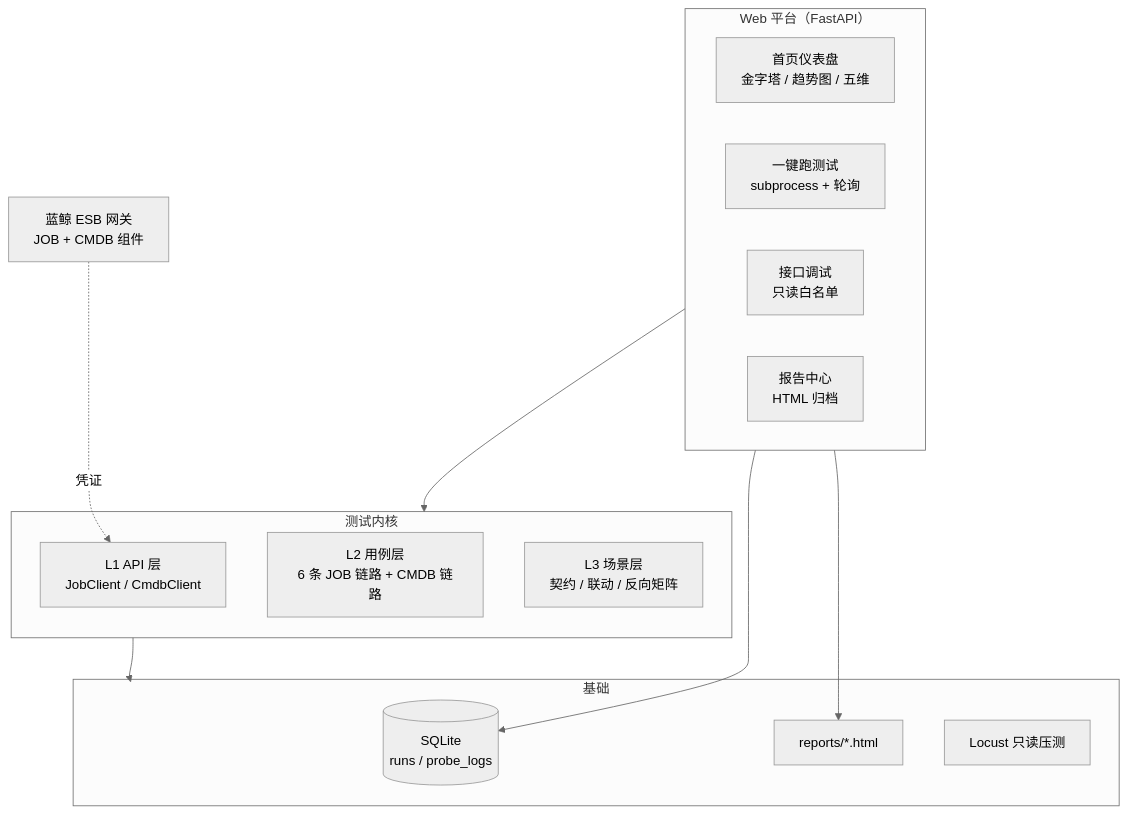
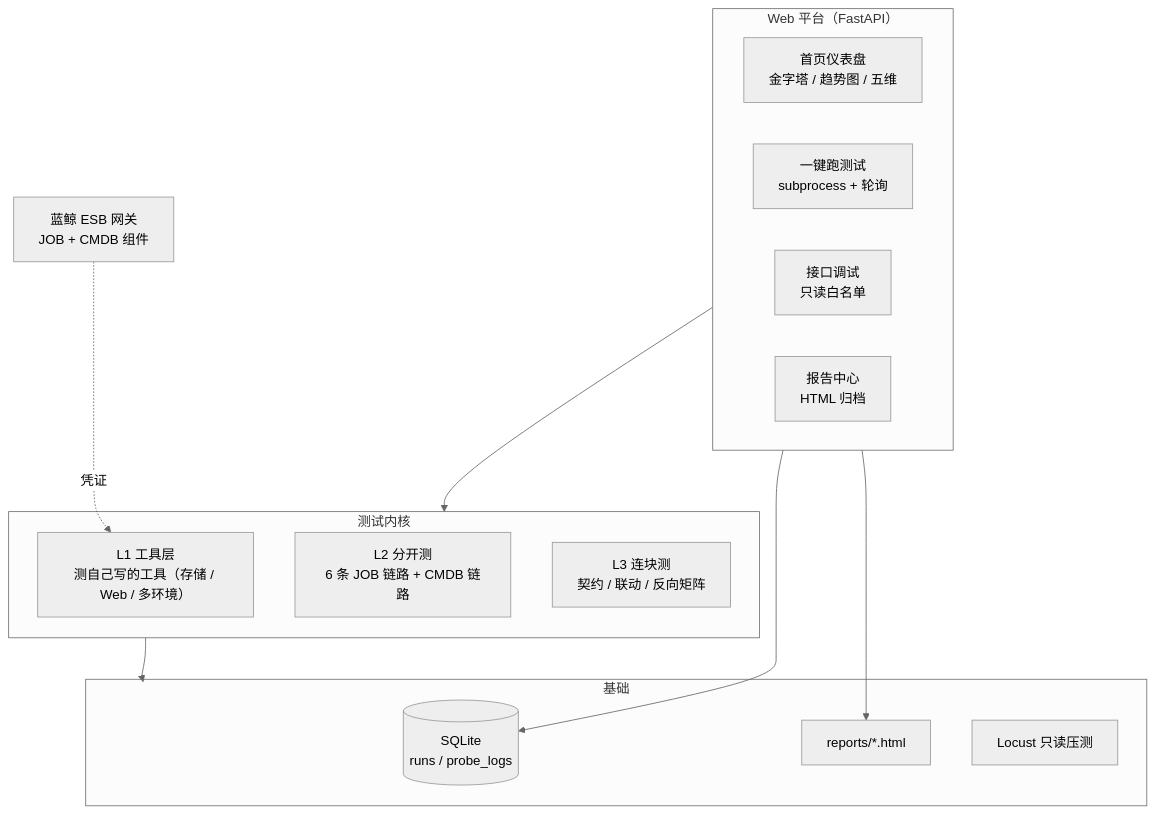
The diagram in README.md (YY-Zhang01/bk-test-platform), drawn with Mermaid (neutral theme) before and after one commit. The commit also changed other lines of this file and 6 other files, not shown here.

Commit message:
docs: 架构审核整理——统一 L1 术语/六模块/五维、修全景图明细、删遗留脚本、清中间产物

````diff
--- a/README.md
+++ b/README.md
@@ -78,27 +78,27 @@
 ```mermaid
 flowchart TB
     subgraph UI["Web 平台（FastAPI）"]
         DASH["首页仪表盘<br/>金字塔 / 趋势图 / 五维"]
         RUN["一键跑测试<br/>subprocess + 轮询"]
         PROBE["接口调试<br/>只读白名单"]
         REP["报告中心<br/>HTML 归档"]
     end
 
     subgraph CORE["测试内核"]
-        L1["L1 API 层<br/>JobClient / CmdbClient"]
-        L2["L2 用例层<br/>6 条 JOB 链路 + CMDB 链路"]
-        L3["L3 场景层<br/>契约 / 联动 / 反向矩阵"]
+        L1["L1 工具层<br/>测自己写的工具（存储 / Web / 多环境）"]
+        L2["L2 分开测<br/>6 条 JOB 链路 + CMDB 链路"]
+        L3["L3 连块测<br/>契约 / 联动 / 反向矩阵"]
     end
 
     subgraph INFRA["基础"]
         DB[("SQLite<br/>runs / probe_logs")]
         RPT["reports/*.html"]
         LOC["Locust 只读压测"]
     end
 
     UI --> CORE
     CORE --> INFRA
     UI --> DB
     UI --> RPT
     ESB["蓝鲸 ESB 网关<br/>JOB + CMDB 组件"] -.凭证.-> L1
 ```
````
